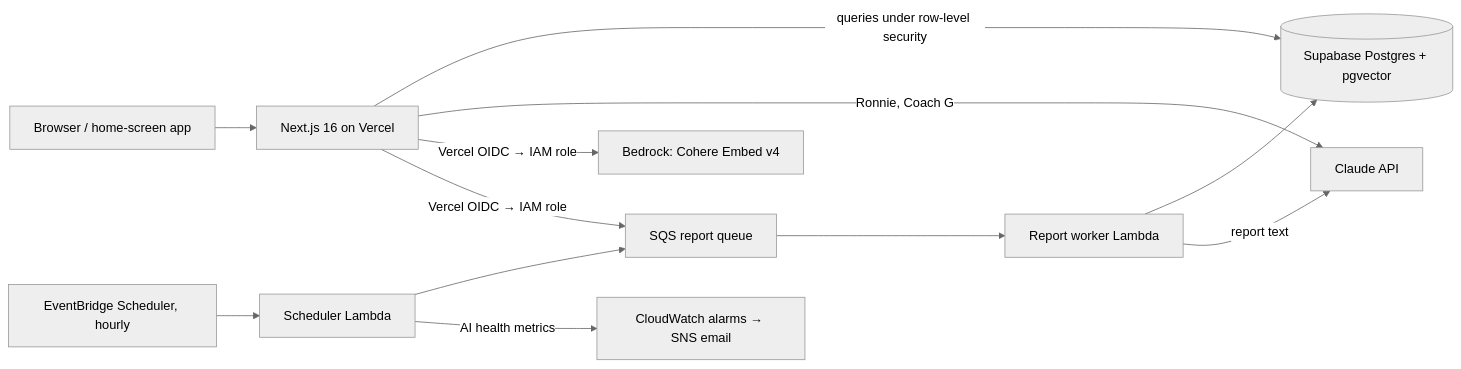
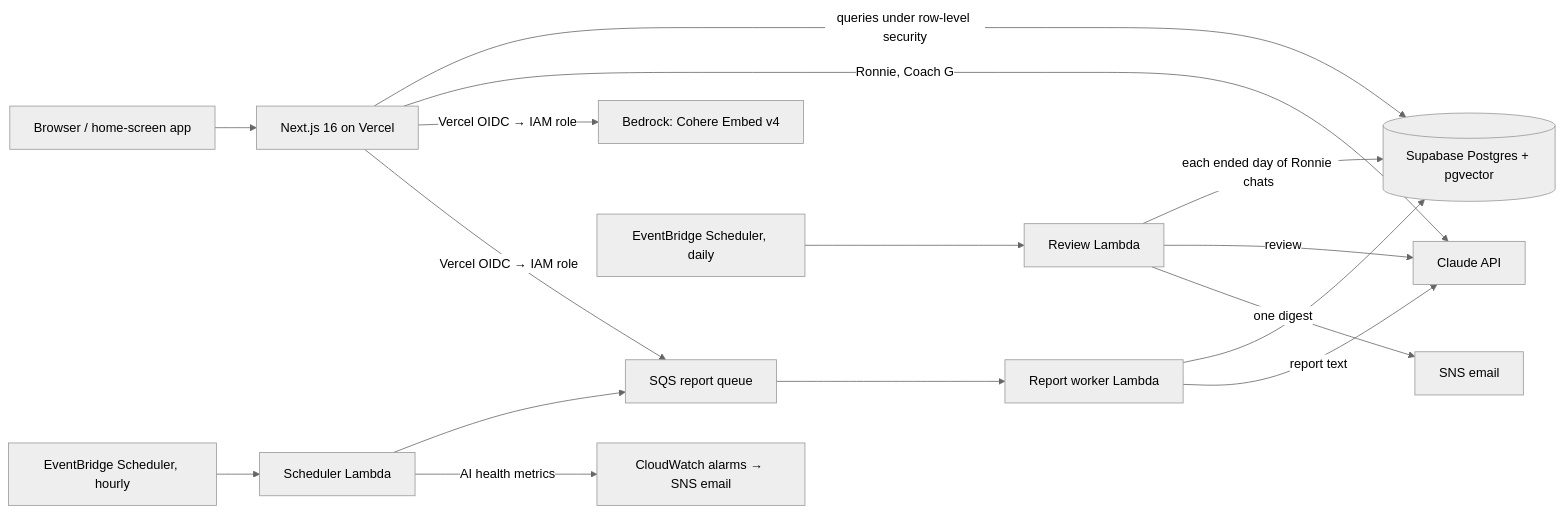
One commit to Yung-Chi-Wu/gympro changed the diagram in README.md. Above: the diagram before and after it, drawn with Mermaid (neutral theme). The commit also changed other lines of this file and 16 other files, not shown here.

Commit message:
Ronnie: a daily review reads each ended day and emails the replies worth a look

````diff
--- a/README.md
+++ b/README.md
@@ -52,14 +52,18 @@
 ```mermaid
 flowchart LR
     user["Browser / home-screen app"] --> app["Next.js 16 on Vercel"]
     app -->|"queries under row-level security"| db[("Supabase Postgres + pgvector")]
     app -->|"Ronnie, Coach G"| claude["Claude API"]
     app -->|"Vercel OIDC → IAM role"| bedrock["Bedrock: Cohere Embed v4"]
     app -->|"Vercel OIDC → IAM role"| sqs["SQS report queue"]
     sched["EventBridge Scheduler, hourly"] --> schedfn["Scheduler Lambda"]
     schedfn --> sqs
     sqs --> worker["Report worker Lambda"]
     worker --> db
     worker -->|"report text"| claude
     schedfn -->|"AI health metrics"| cw["CloudWatch alarms → SNS email"]
+    daily["EventBridge Scheduler, daily"] --> reviewfn["Review Lambda"]
+    reviewfn -->|"each ended day of Ronnie chats"| db
+    reviewfn -->|"review"| claude
+    reviewfn -->|"one digest"| mail["SNS email"]
 ```
````
